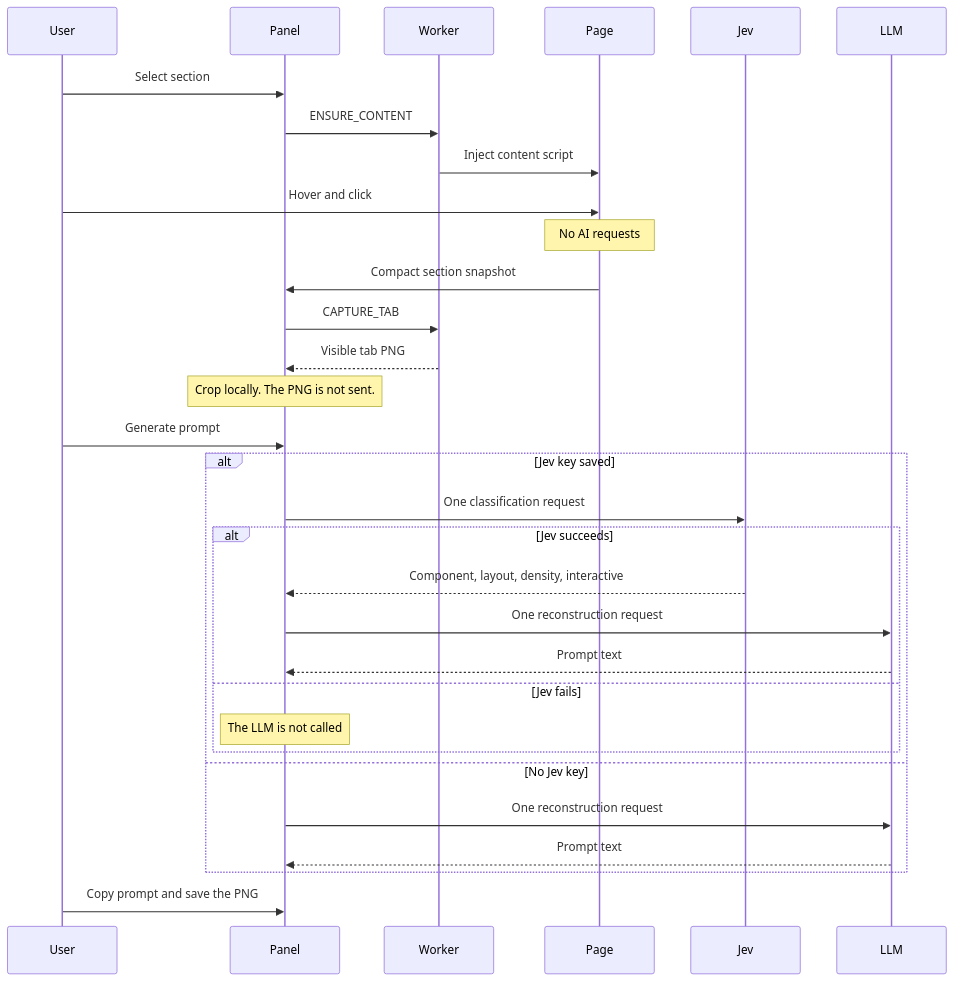
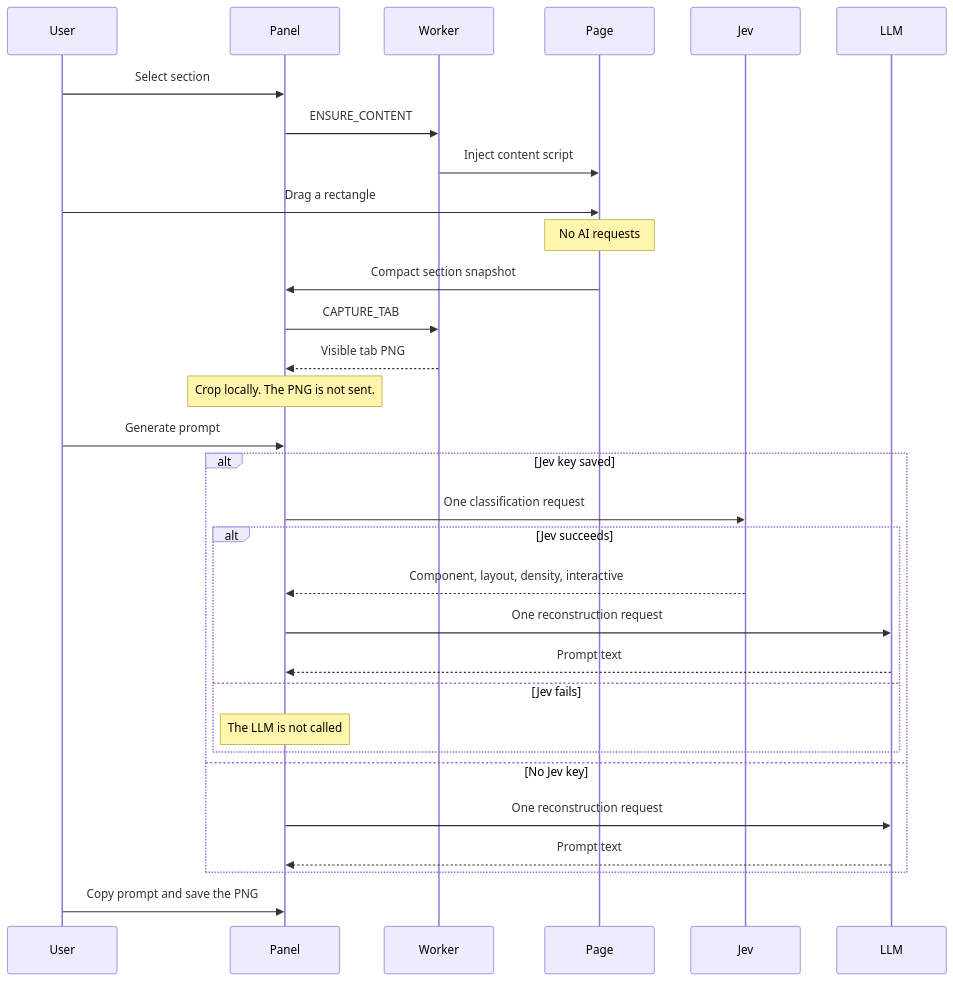
The diagram in diagrams/sequence.mmd (RadhikaSoni7/Pixel2Prompt), drawn with Mermaid before and after one commit. The commit also changed 10 other files, not shown here.

```diff
--- a/diagrams/sequence.mmd
+++ b/diagrams/sequence.mmd
@@ -1,32 +1,32 @@
 sequenceDiagram
   participant User
   participant Panel
   participant Worker
   participant Page
   participant Jev
   participant LLM
 
   User->>Panel: Select section
   Panel->>Worker: ENSURE_CONTENT
   Worker->>Page: Inject content script
-  User->>Page: Hover and click
+  User->>Page: Drag a rectangle
   Note over Page: No AI requests
   Page->>Panel: Compact section snapshot
   Panel->>Worker: CAPTURE_TAB
   Worker-->>Panel: Visible tab PNG
   Note over Panel: Crop locally. The PNG is not sent.
   User->>Panel: Generate prompt
   alt Jev key saved
     Panel->>Jev: One classification request
     alt Jev succeeds
       Jev-->>Panel: Component, layout, density, interactive
       Panel->>LLM: One reconstruction request
       LLM-->>Panel: Prompt text
     else Jev fails
       Note over Panel: The LLM is not called
     end
   else No Jev key
     Panel->>LLM: One reconstruction request
     LLM-->>Panel: Prompt text
   end
   User->>Panel: Copy prompt and save the PNG
```
